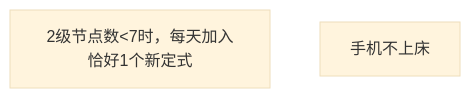
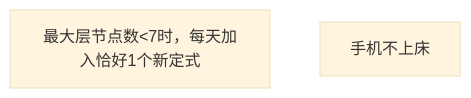
Before and after one commit to Ethkuil/RSIP-tree: the diagram in README.md, drawn with Mermaid (base theme).

Commit message:
update #0

````diff
--- a/README.md
+++ b/README.md
@@ -5,6 +5,6 @@
 ```mermaid
 graph TD
 
-0[2级节点数<7时，每天加入恰好1个新定式]
+0[最大层节点数<7时，每天加入恰好1个新定式]
 1[手机不上床]
 ```
````
